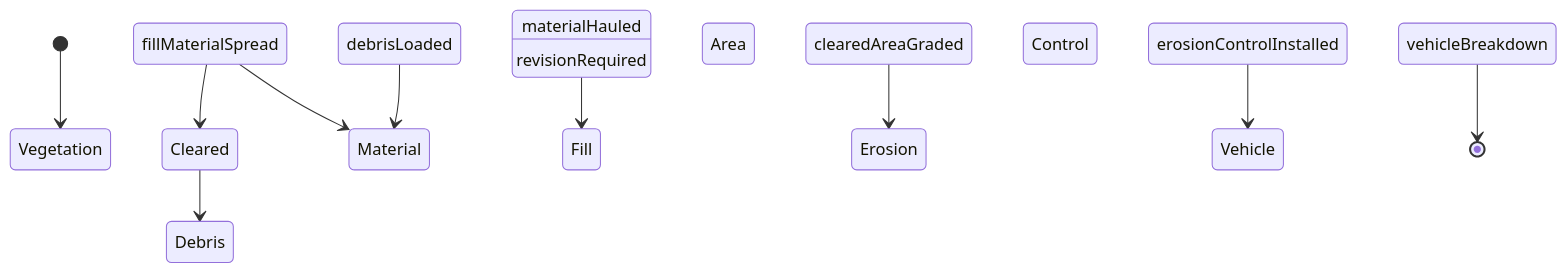
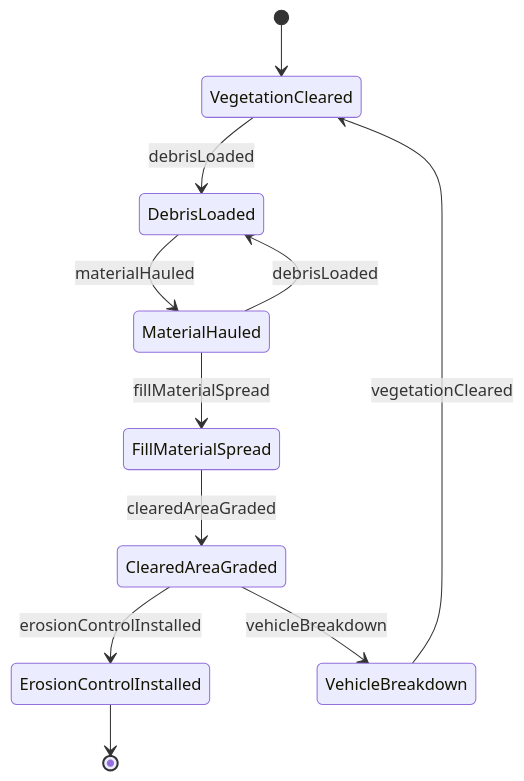
Before and after one commit to dot-org-ai/tasks.org.ai: the second of 4 diagrams in ControllingMachinesAndProcesses/OperateConstructionOrExcavationEquipment/OperateEquipmentVehiclesClearConstruction.mdx, drawn with Mermaid. The commit also changed other lines of this file and 515 other files, not shown here.

````diff
--- a/ControllingMachinesAndProcesses/OperateConstructionOrExcavationEquipment/OperateEquipmentVehiclesClearConstruction.mdx
+++ b/ControllingMachinesAndProcesses/OperateConstructionOrExcavationEquipment/OperateEquipmentVehiclesClearConstruction.mdx
@@ -98,12 +98,13 @@
 ```mermaid
 stateDiagram-v2
-    [*] --> Vegetation Cleared
-    Vegetation Cleared --> Debris Loaded : debrisLoaded
-    Debris Loaded --> Material Hauled : materialHauled
-    Material Hauled --> Fill Material Spread : fillMaterialSpread
-    Fill Material Spread --> Cleared Area Graded : clearedAreaGraded
-    Cleared Area Graded --> Erosion Control Installed : erosionControlInstalled
-    Erosion Control Installed --> Vehicle Breakdown : vehicleBreakdown
-    Fill Material Spread --> Material Hauled : revisionRequired
-    Vehicle Breakdown --> [*]
+    [*] --> VegetationCleared
+    VegetationCleared --> DebrisLoaded : debrisLoaded
+    DebrisLoaded --> MaterialHauled : materialHauled
+    MaterialHauled --> FillMaterialSpread : fillMaterialSpread
+    FillMaterialSpread --> ClearedAreaGraded : clearedAreaGraded
+    ClearedAreaGraded --> ErosionControlInstalled : erosionControlInstalled
+    MaterialHauled --> DebrisLoaded : debrisLoaded
+    ClearedAreaGraded --> VehicleBreakdown : vehicleBreakdown
+    VehicleBreakdown --> VegetationCleared : vegetationCleared
+    ErosionControlInstalled --> [*]
 ```
````
